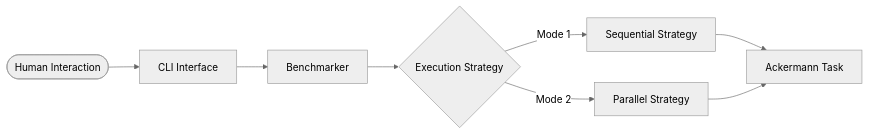
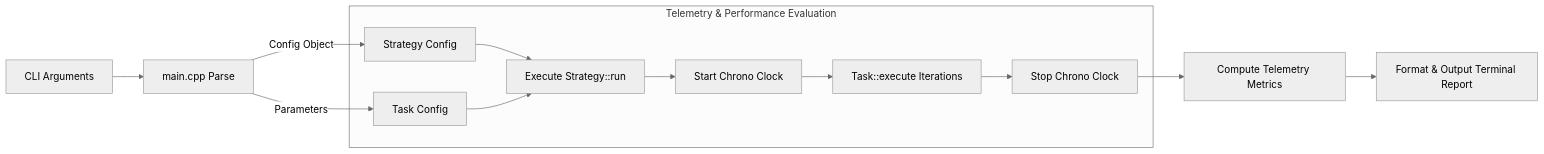
Before and after one commit to AhmadHassan-BTed/ThreadRace: the fourth of 5 diagrams in README.md, drawn with Mermaid (neutral theme). The commit also changed other lines of this file and 1 other file, not shown here.

Commit message:
Revamp README with complete architecture/workflow diagrams and clean .gitignore comments

````diff
--- a/README.md
+++ b/README.md
@@ -74,10 +174,18 @@
 ```mermaid
-graph LR
-    User([Human Interaction]) --> CLI[CLI Interface]
-    CLI --> Bench[Benchmarker]
-    Bench --> Strategy{Execution Strategy}
-    Strategy -->|Mode 1| Seq[Sequential Strategy]
-    Strategy -->|Mode 2| Par[Parallel Strategy]
-    Seq --> Task[Ackermann Task]
-    Par --> Task
+flowchart LR
+    Args[CLI Arguments] --> Parse[main.cpp Parse]
+    Parse -->|Config Object| Strategy[Strategy Config]
+    Parse -->|Parameters| Task[Task Config]
+    
+    subgraph TelemetryContext ["Telemetry & Performance Evaluation"]
+        Strategy --> RunStrategy[Execute Strategy::run]
+        Task --> RunStrategy
+        
+        RunStrategy --> Timer[Start Chrono Clock]
+        Timer --> CoreComputation[Task::execute Iterations]
+        CoreComputation --> TimerStop[Stop Chrono Clock]
+    end
+    
+    TimerStop --> Metrics[Compute Telemetry Metrics]
+    Metrics --> Terminal[Format & Output Terminal Report]
 ```
````
